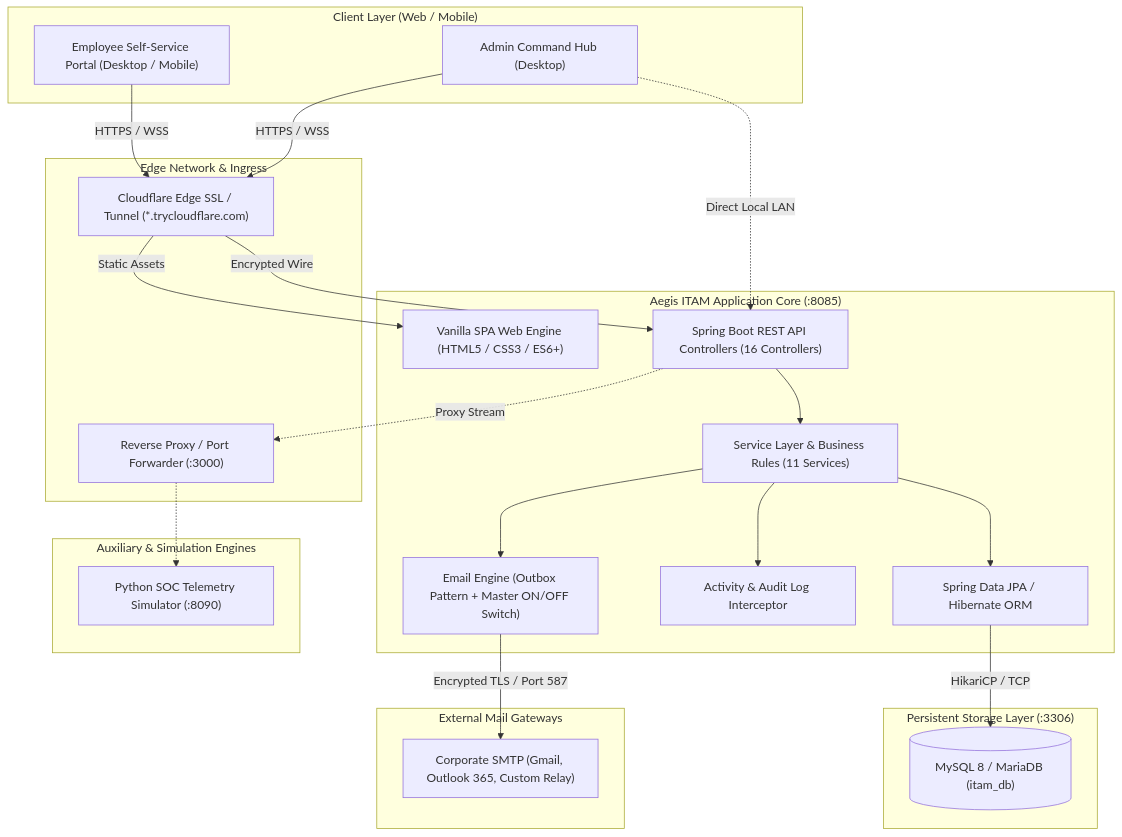
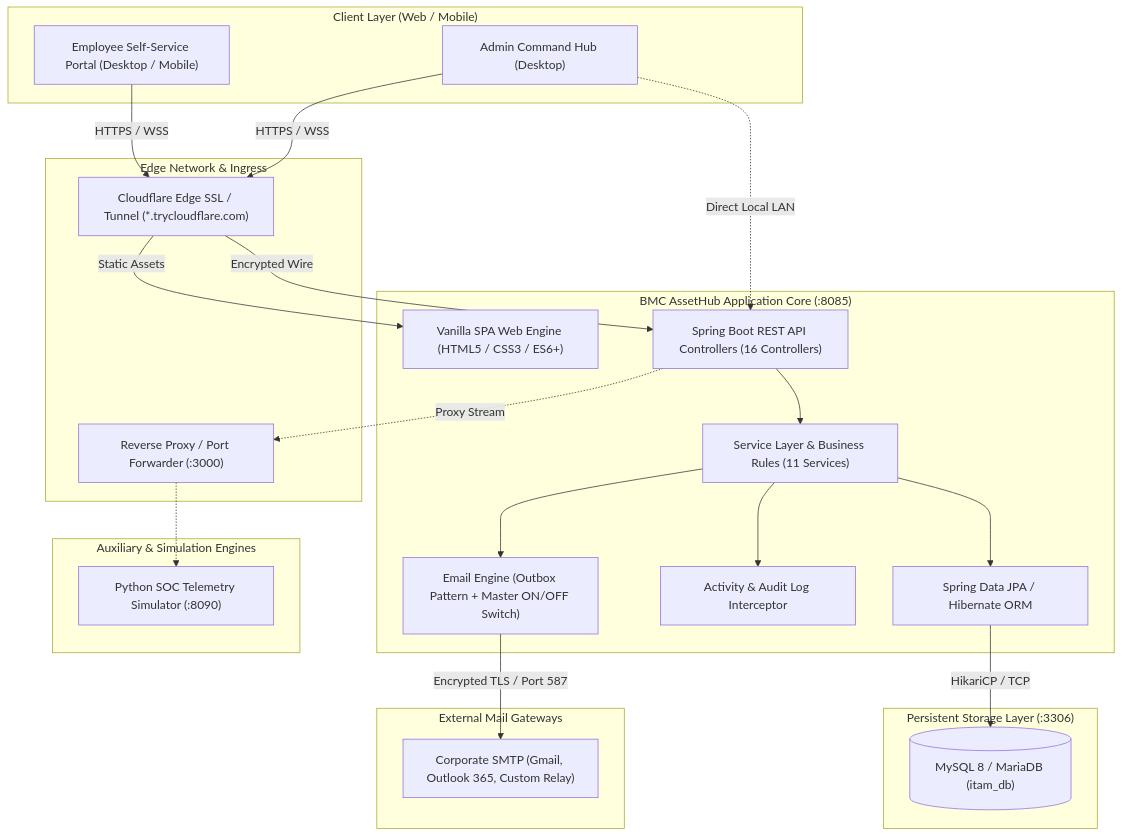
Before and after one commit to dhirajShinde11/it-asset-management: the first of 7 diagrams in SYSTEM_DESIGN.md, drawn with Mermaid. The commit also changed other lines of this file and 17 other files, not shown here.

Commit message:
feat: rebrand system from Aegis to BMC AssetHub across UI, backend, launchers, and documentation

````diff
--- a/SYSTEM_DESIGN.md
+++ b/SYSTEM_DESIGN.md
@@ -27,49 +27,49 @@
 ```mermaid
 graph TD
     subgraph Client_Layer ["Client Layer (Web / Mobile)"]
         BrowserAdmin["Admin Command Hub (Desktop)"]
         BrowserEmployee["Employee Self-Service Portal (Desktop / Mobile)"]
     end
 
     subgraph Edge_Network ["Edge Network & Ingress"]
         CloudflareTunnel["Cloudflare Edge SSL / Tunnel (*.trycloudflare.com)"]
         LocalProxy["Reverse Proxy / Port Forwarder (:3000)"]
     end
 
-    subgraph Application_Core ["Aegis ITAM Application Core (:8085)"]
+    subgraph Application_Core ["BMC AssetHub Application Core (:8085)"]
         StaticFrontend["Vanilla SPA Web Engine (HTML5 / CSS3 / ES6+)"]
         RESTControllers["Spring Boot REST API Controllers (16 Controllers)"]
         BusinessServices["Service Layer & Business Rules (11 Services)"]
         MailSubsystem["Email Engine (Outbox Pattern + Master ON/OFF Switch)"]
         AuditSubsystem["Activity & Audit Log Interceptor"]
         JPALayer["Spring Data JPA / Hibernate ORM"]
     end
 
     subgraph Auxiliary_Services ["Auxiliary & Simulation Engines"]
         NessusSOC["Python SOC Telemetry Simulator (:8090)"]
     end
 
     subgraph Data_Storage ["Persistent Storage Layer (:3306)"]
         MySQL[("MySQL 8 / MariaDB (itam_db)")]
     end
 
     subgraph External_Integrations ["External Mail Gateways"]
         SMTPServer["Corporate SMTP (Gmail, Outlook 365, Custom Relay)"]
     end
 
     BrowserAdmin -->|HTTPS / WSS| CloudflareTunnel
     BrowserEmployee -->|HTTPS / WSS| CloudflareTunnel
     CloudflareTunnel -->|Encrypted Wire| RESTControllers
     CloudflareTunnel -->|Static Assets| StaticFrontend
     BrowserAdmin -.->|Direct Local LAN| RESTControllers
 
     RESTControllers --> BusinessServices
     BusinessServices --> MailSubsystem
     BusinessServices --> AuditSubsystem
     BusinessServices --> JPALayer
     JPALayer -->|HikariCP / TCP| MySQL
 
     MailSubsystem -->|Encrypted TLS / Port 587| SMTPServer
     RESTControllers -.->|Proxy Stream| LocalProxy
     LocalProxy -.-> NessusSOC
 ```
````
